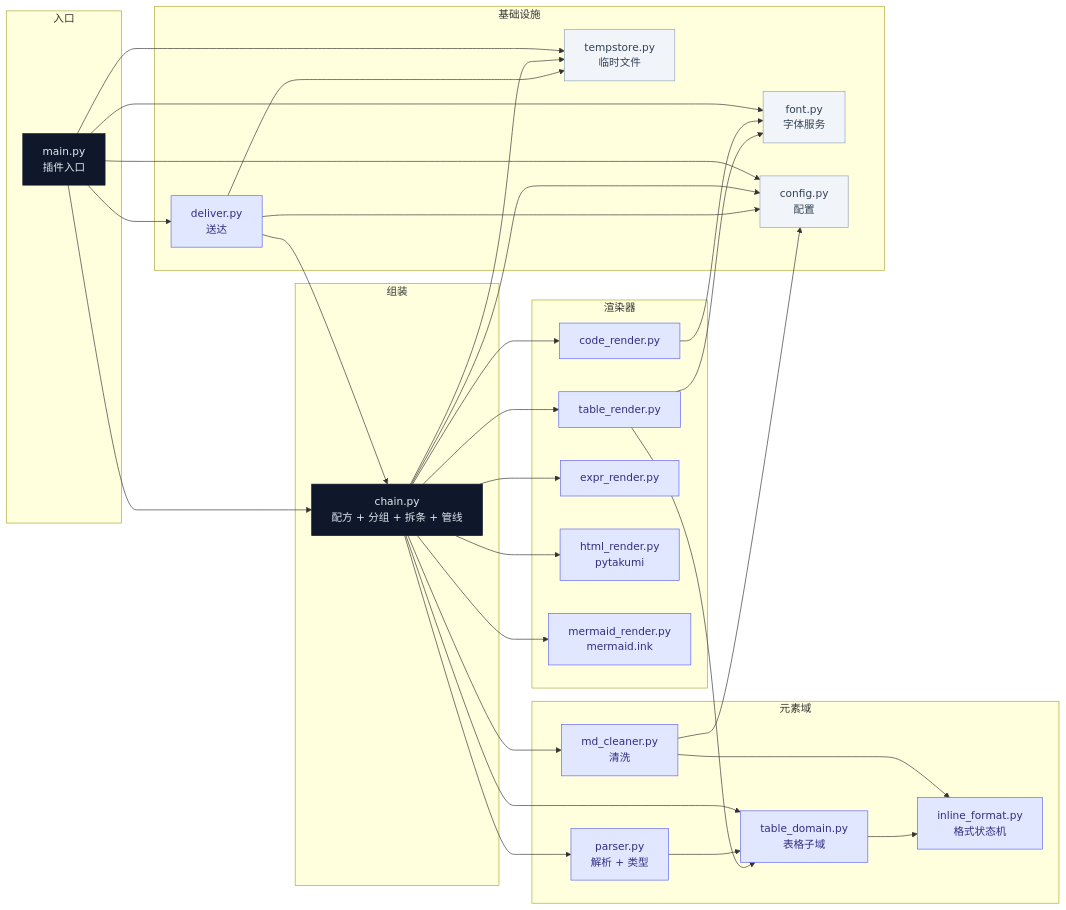
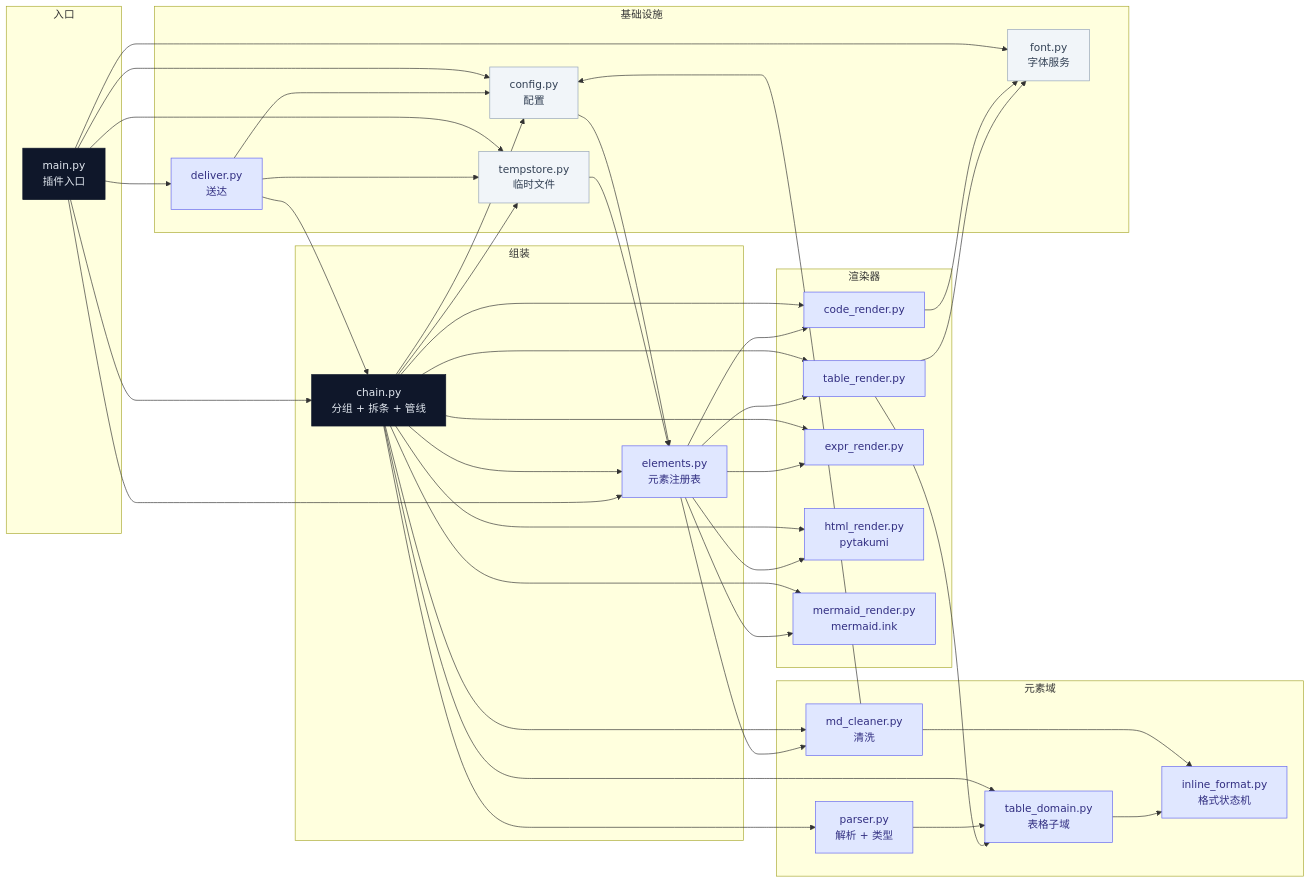
The diagram in CLAUDE.md (monster1389/astrbot_plugin_md_render), drawn with Mermaid before and after one commit. The commit also changed other lines of this file and 13 other files, not shown here.

````diff
--- a/CLAUDE.md
+++ b/CLAUDE.md
@@ -80,61 +80,72 @@
 ```mermaid
 flowchart LR
   subgraph 入口
     main["main.py<br/>插件入口"]
   end
   subgraph 组装
-    chain["chain.py<br/>配方 + 分组 + 拆条 + 管线"]
+    chain["chain.py<br/>分组 + 拆条 + 管线"]
+    elem["elements.py<br/>元素注册表"]
   end
   subgraph 元素域
     parser["parser.py<br/>解析 + 类型"]
     tdom["table_domain.py<br/>表格子域"]
     ifmt["inline_format.py<br/>格式状态机"]
     mdc["md_cleaner.py<br/>清洗"]
   end
   subgraph 渲染器
     code_r["code_render.py"]
     table_r["table_render.py"]
     expr_r["expr_render.py"]
     html_r["html_render.py<br/>pytakumi"]
     mmd_r["mermaid_render.py<br/>mermaid.ink"]
   end
   subgraph 基础设施
     font["font.py<br/>字体服务"]
     cfg["config.py<br/>配置"]
     ts["tempstore.py<br/>临时文件"]
     deliv["deliver.py<br/>送达"]
   end
 
   main --> chain
   main --> cfg
   main --> deliv
   main --> font
   main --> ts
   chain --> code_r
   chain --> cfg
+  chain --> elem
   chain --> expr_r
   chain --> html_r
   chain --> mdc
   chain --> mmd_r
   chain --> parser
   chain --> tdom
   chain --> table_r
   chain --> ts
   code_r --> font
   parser --> tdom
   mdc --> ifmt
   mdc --> cfg
   deliv --> chain
   deliv --> ts
   deliv --> cfg
   table_r --> tdom
   table_r --> font
   tdom --> ifmt
+  cfg --> elem
+  main --> elem
+  ts --> elem
+  elem --> code_r
+  elem --> expr_r
+  elem --> html_r
+  elem --> mdc
+  elem --> mmd_r
+  elem --> table_r
 
   classDef deep fill:#0f172a,color:#e2e8f0,stroke:#0f172a;
   classDef mid fill:#e0e7ff,stroke:#6366f1,color:#312e81;
   classDef leaf fill:#f1f5f9,stroke:#94a3b8,color:#334155;
   class main,chain deep;
-  class parser,tdom,ifmt,mdc,code_r,table_r,expr_r,html_r,mmd_r,deliv mid;
+  class parser,tdom,ifmt,mdc,code_r,table_r,expr_r,html_r,mmd_r,deliv,elem mid;
   class font,cfg,ts leaf;
 ```
````
